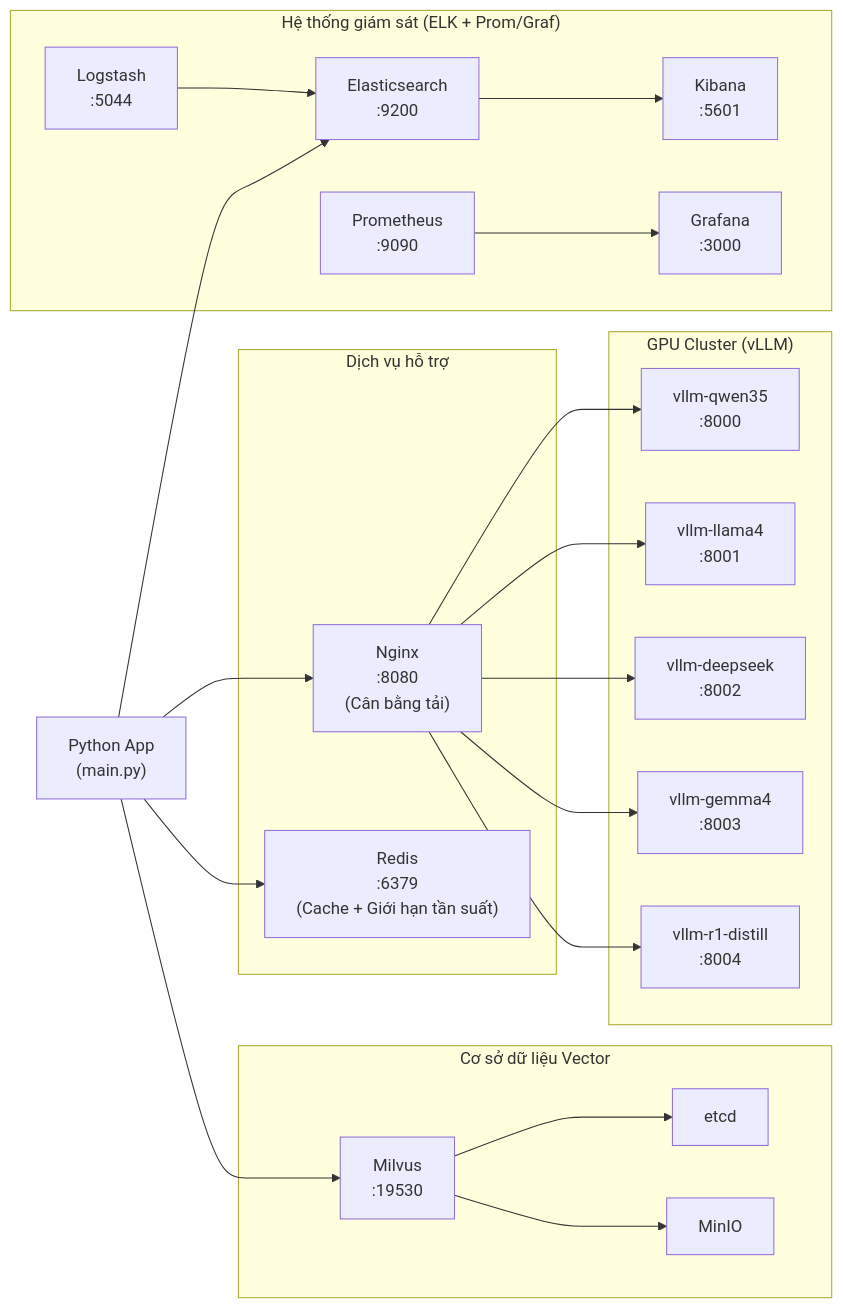
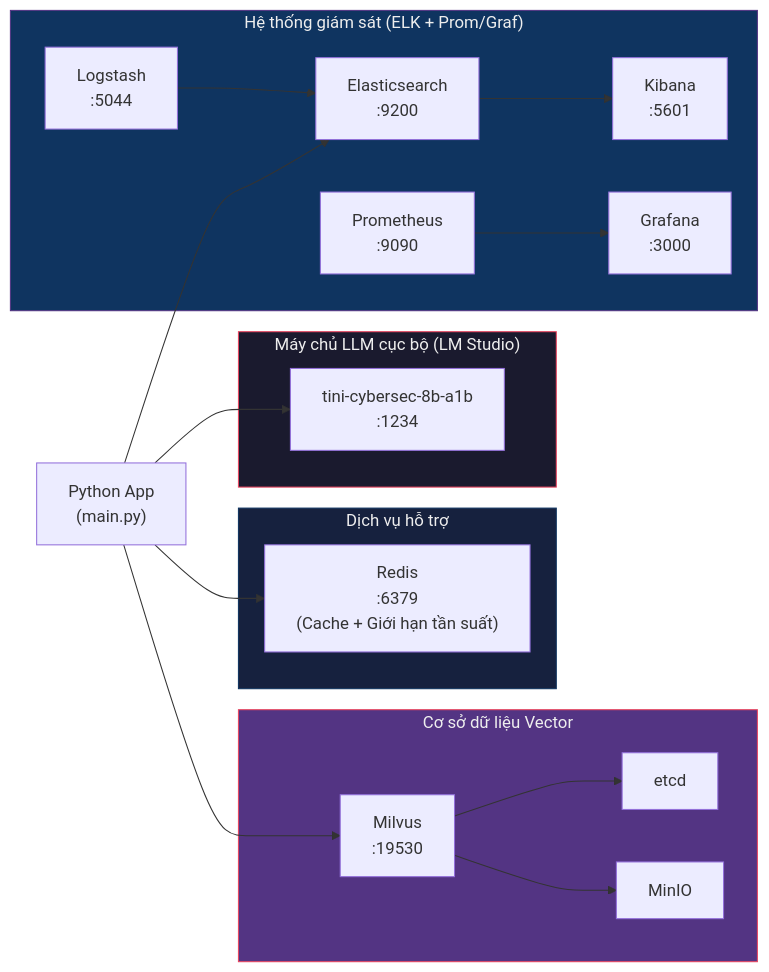
Before and after one commit to n3r0-b1n4ry/openmair: the third of 4 diagrams in docs/vi/ARCHITECTURE.md, drawn with Mermaid. The commit also changed other lines of this file and 2 other files, not shown here.

Commit message:
docs: add comprehensive system architecture, workflow diagrams, and project documentation

````diff
--- a/docs/vi/ARCHITECTURE.md
+++ b/docs/vi/ARCHITECTURE.md
@@ -174,39 +174,38 @@
 ```mermaid
 graph LR
-    subgraph GPU_Cluster["GPU Cluster (vLLM)"]
-        V1["vllm-qwen35<br/>:8000"]
-        V2["vllm-llama4<br/>:8001"]
-        V3["vllm-deepseek<br/>:8002"]
-        V4["vllm-gemma4<br/>:8003"]
-        V5["vllm-r1-distill<br/>:8004"]
+    subgraph Local_Server["Máy chủ LLM cục bộ (LM Studio)"]
+        LMS["tini-cybersec-8b-a1b<br/>:1234"]
     end
 
     subgraph Services["Dịch vụ hỗ trợ"]
         REDIS["Redis<br/>:6379<br/>(Cache + Giới hạn tần suất)"]
-        NGINX["Nginx<br/>:8080<br/>(Cân bằng tải)"]
     end
 
     subgraph Monitoring["Hệ thống giám sát (ELK + Prom/Graf)"]
         ES["Elasticsearch<br/>:9200"]
         LS["Logstash<br/>:5044"]
         KB["Kibana<br/>:5601"]
         PROM["Prometheus<br/>:9090"]
         GRAF["Grafana<br/>:3000"]
     end
 
     subgraph VectorDB["Cơ sở dữ liệu Vector"]
         MILVUS["Milvus<br/>:19530"]
         ETCD["etcd"]
         MINIO["MinIO"]
     end
 
-    APP["Python App<br/>(main.py)"] --> NGINX
-    NGINX --> V1 & V2 & V3 & V4 & V5
+    APP["Python App<br/>(main.py)"] --> LMS
     APP --> REDIS
     APP --> ES
     APP --> MILVUS
     MILVUS --> ETCD & MINIO
     LS --> ES
     ES --> KB
     PROM --> GRAF
+
+    style Local_Server fill:#1a1a2e,stroke:#e94560,color:#eee
+    style Services fill:#16213e,stroke:#0f3460,color:#eee
+    style Monitoring fill:#0f3460,stroke:#533483,color:#eee
+    style VectorDB fill:#533483,stroke:#e94560,color:#eee
 ```
````
